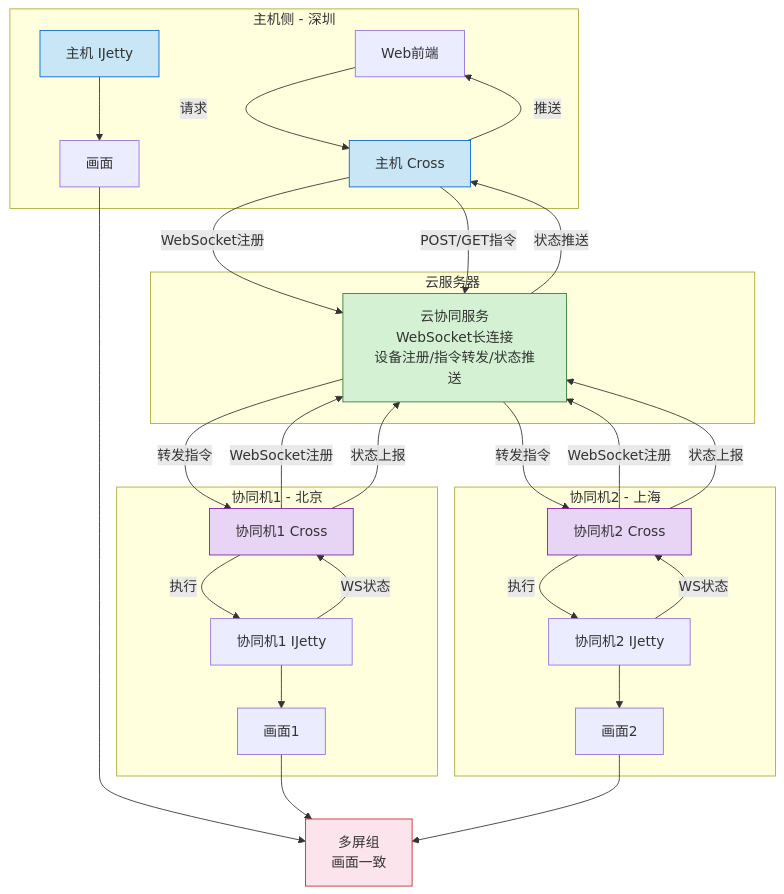
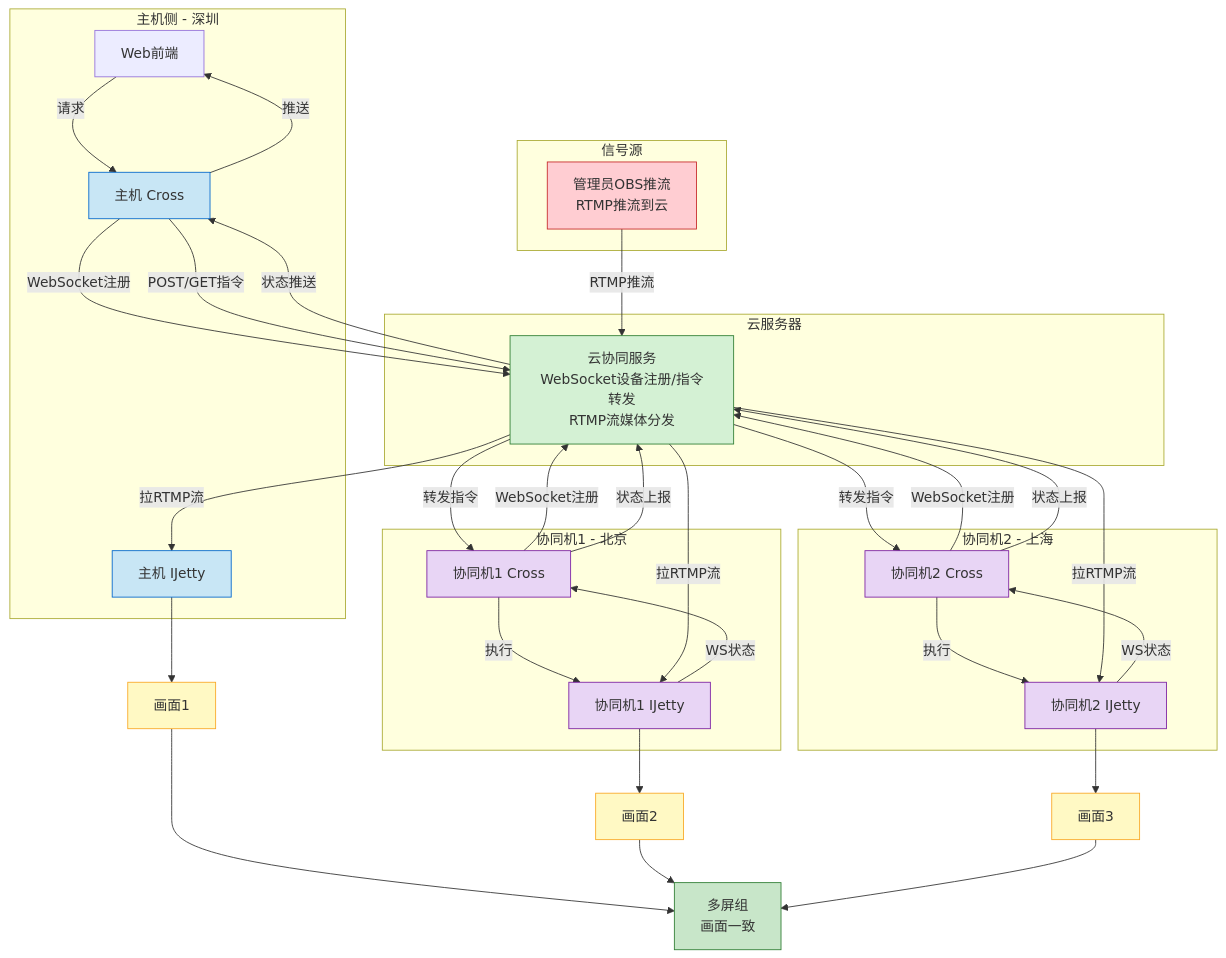
One commit to nangong918/code-ability changed the third of 5 diagrams in CLT/Cross/BaseFunctionality/BaseFunctionality.md. Above: the diagram before and after it, drawn with Mermaid. The commit also changed other lines of this file and 1 other file, not shown here.

First line of the commit message:
docs(cross): 更新多机协同文档添加流媒体传输方案

````diff
--- a/CLT/Cross/BaseFunctionality/BaseFunctionality.md
+++ b/CLT/Cross/BaseFunctionality/BaseFunctionality.md
@@ -135,61 +156,74 @@
 ```mermaid
 flowchart TD
-    subgraph 主机侧 - 深圳
-        H_Web[Web前端]
-        H_Cross[主机 Cross]
-        H_IJetty[主机 IJetty]
-        H_Screen[画面]
-    end
+  subgraph 主机侧 - 深圳
+    H_Web[Web前端]
+    H_Cross[主机 Cross]
+    H_IJetty[主机 IJetty]
+  end
 
-    subgraph 云服务器
-        Cloud[云协同服务<br/>WebSocket长连接<br/>设备注册/指令转发/状态推送]
-    end
+  subgraph 云服务器
+    Cloud[云协同服务<br/>WebSocket设备注册/指令转发<br/>RTMP流媒体分发]
+  end
 
-    subgraph 协同机1 - 北京
-        C1_Cross[协同机1 Cross]
-        C1_IJetty[协同机1 IJetty]
-        C1_Screen[画面1]
-    end
+  subgraph 信号源
+    VS[管理员OBS推流<br/>RTMP推流到云]
+  end
 
-    subgraph 协同机2 - 上海
-        C2_Cross[协同机2 Cross]
-        C2_IJetty[协同机2 IJetty]
-        C2_Screen[画面2]
-    end
+  subgraph 协同机1 - 北京
+    C1_Cross[协同机1 Cross]
+    C1_IJetty[协同机1 IJetty]
+  end
 
-    H_Cross -->|WebSocket注册| Cloud
-    C1_Cross -->|WebSocket注册| Cloud
-    C2_Cross -->|WebSocket注册| Cloud
+  subgraph 协同机2 - 上海
+    C2_Cross[协同机2 Cross]
+    C2_IJetty[协同机2 IJetty]
+  end
 
-    H_Web -->|请求| H_Cross
-    H_Cross -->|POST/GET指令| Cloud
+  H_Cross -->|WebSocket注册| Cloud
+  C1_Cross -->|WebSocket注册| Cloud
+  C2_Cross -->|WebSocket注册| Cloud
 
-    Cloud -->|转发指令| C1_Cross
-    Cloud -->|转发指令| C2_Cross
+  VS -->|RTMP推流| Cloud
 
-    C1_Cross -->|执行| C1_IJetty
-    C2_Cross -->|执行| C2_IJetty
+  H_Web -->|请求| H_Cross
+  H_Cross -->|POST/GET指令| Cloud
 
-    C1_IJetty -->|WS状态| C1_Cross
-    C2_IJetty -->|WS状态| C2_Cross
+  Cloud -->|转发指令| C1_Cross
+  Cloud -->|转发指令| C2_Cross
 
-    C1_Cross -->|状态上报| Cloud
-    C2_Cross -->|状态上报| Cloud
-    Cloud -->|状态推送| H_Cross
-    H_Cross -->|推送| H_Web
+  C1_Cross -->|执行| C1_IJetty
+  C2_Cross -->|执行| C2_IJetty
 
-    H_IJetty --> H_Screen
-    C1_IJetty --> C1_Screen
-    C2_IJetty --> C2_Screen
+  C1_IJetty -->|WS状态| C1_Cross
+  C2_IJetty -->|WS状态| C2_Cross
 
-    H_Screen --> D[多屏组<br/>画面一致]
-    C1_Screen --> D
-    C2_Screen --> D
+  C1_Cross -->|状态上报| Cloud
+  C2_Cross -->|状态上报| Cloud
+  Cloud -->|状态推送| H_Cross
+  H_Cross -->|推送| H_Web
 
-    style H_Cross fill:#c8e6f5,stroke:#0066cc
-    style H_IJetty fill:#c8e6f5,stroke:#0066cc
-    style Cloud fill:#d4f1d4,stroke:#2e7d32
-    style C1_Cross fill:#e8d5f5,stroke:#7b1fa2
-    style C2_Cross fill:#e8d5f5,stroke:#7b1fa2
-    style D fill:#fce4ec,stroke:#c62828
+  Cloud -->|拉RTMP流| H_IJetty
+  Cloud -->|拉RTMP流| C1_IJetty
+  Cloud -->|拉RTMP流| C2_IJetty
+
+  H_IJetty --> P1[画面1]
+  C1_IJetty --> P2[画面2]
+  C2_IJetty --> P3[画面3]
+
+  P1 --> D[多屏组<br/>画面一致]
+  P2 --> D
+  P3 --> D
+
+  style H_Cross fill:#c8e6f5,stroke:#0066cc
+  style H_IJetty fill:#c8e6f5,stroke:#0066cc
+  style Cloud fill:#d4f1d4,stroke:#2e7d32
+  style VS fill:#ffcdd2,stroke:#c62828
+  style C1_Cross fill:#e8d5f5,stroke:#7b1fa2
+  style C2_Cross fill:#e8d5f5,stroke:#7b1fa2
+  style C1_IJetty fill:#e8d5f5,stroke:#7b1fa2
+  style C2_IJetty fill:#e8d5f5,stroke:#7b1fa2
+  style P1 fill:#fff9c4,stroke:#f9a825
+  style P2 fill:#fff9c4,stroke:#f9a825
+  style P3 fill:#fff9c4,stroke:#f9a825
+  style D fill:#c8e6c9,stroke:#2e7d32
 ```
````
